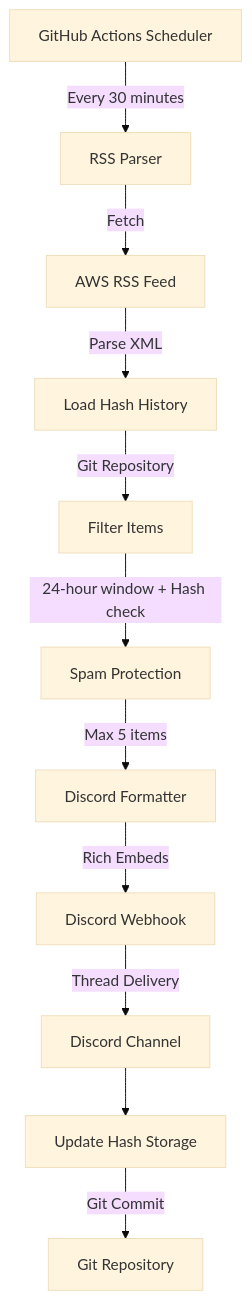
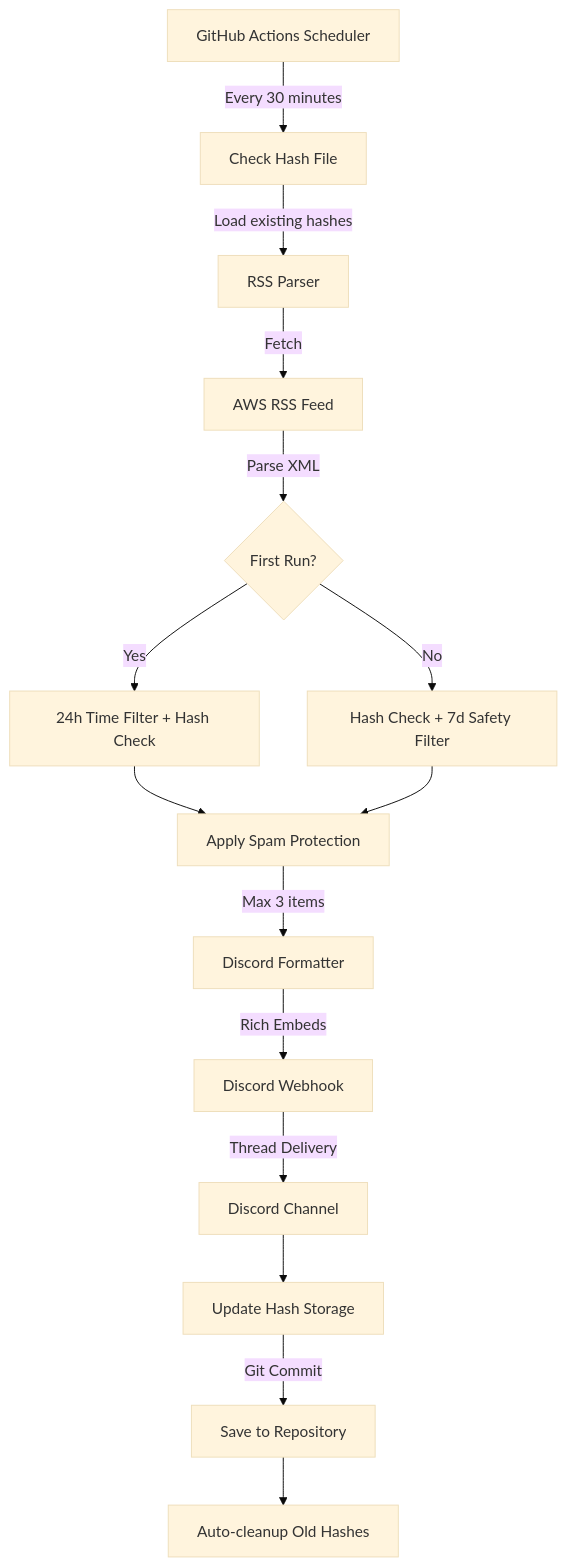
Before and after one commit to tskrailerkm/aws-discord-notifier: the diagram in README.md, drawn with Mermaid (base theme). The commit also changed other lines of this file, not shown here.

````diff
--- a/README.md
+++ b/README.md
@@ -152,13 +164,17 @@
 ```mermaid
 graph TD
-    A[GitHub Actions Scheduler] -->|Every 30 minutes| B[RSS Parser]
-    B -->|Fetch| C[AWS RSS Feed]
-    C -->|Parse XML| D[Load Hash History]
-    D -->|Git Repository| E[Filter Items]
-    E -->|24-hour window + Hash check| F[Spam Protection]
-    F -->|Max 5 items| G[Discord Formatter]
-    G -->|Rich Embeds| H[Discord Webhook]
-    H -->|Thread Delivery| I[Discord Channel]
-    I --> J[Update Hash Storage]
-    J -->|Git Commit| K[Git Repository]
+    A[GitHub Actions Scheduler] -->|Every 30 minutes| B[Check Hash File]
+    B -->|Load existing hashes| C[RSS Parser]
+    C -->|Fetch| D[AWS RSS Feed]
+    D -->|Parse XML| E{First Run?}
+    E -->|Yes| F[24h Time Filter + Hash Check]
+    E -->|No| G[Hash Check + 7d Safety Filter]
+    F --> H[Apply Spam Protection]
+    G --> H
+    H -->|Max 3 items| I[Discord Formatter]
+    I -->|Rich Embeds| J[Discord Webhook]
+    J -->|Thread Delivery| K[Discord Channel]
+    K --> L[Update Hash Storage]
+    L -->|Git Commit| M[Save to Repository]
+    M --> N[Auto-cleanup Old Hashes]
 ```
````
